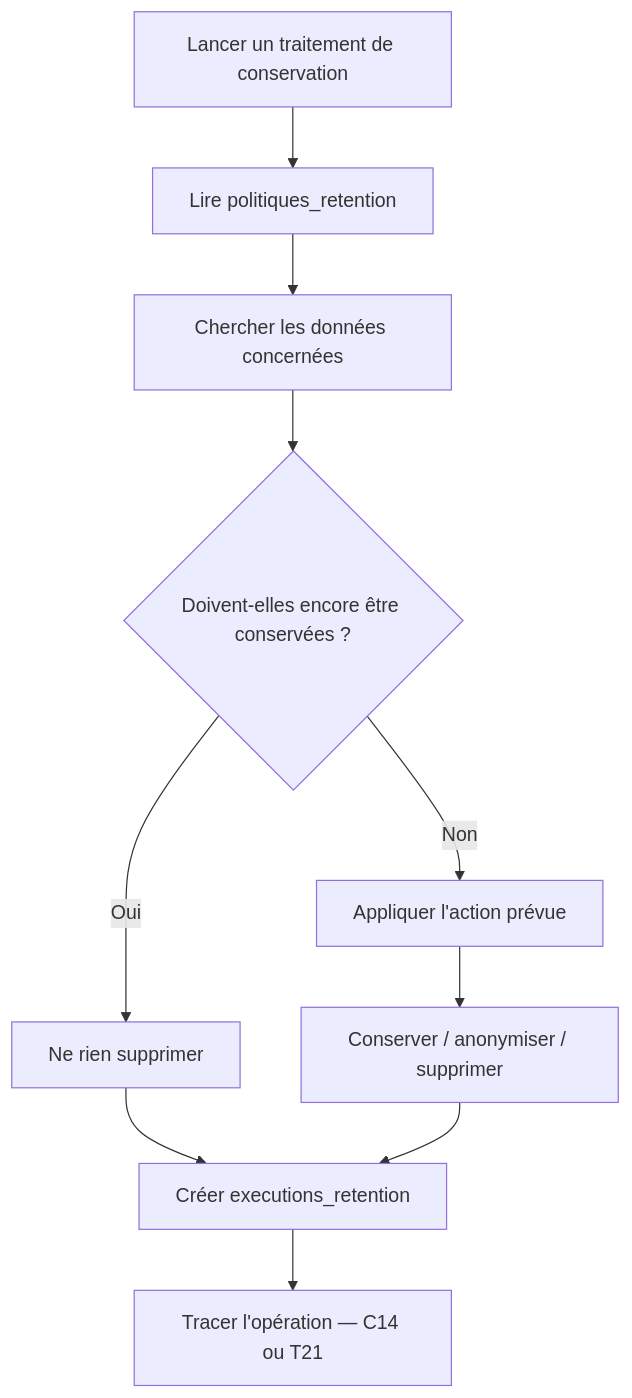
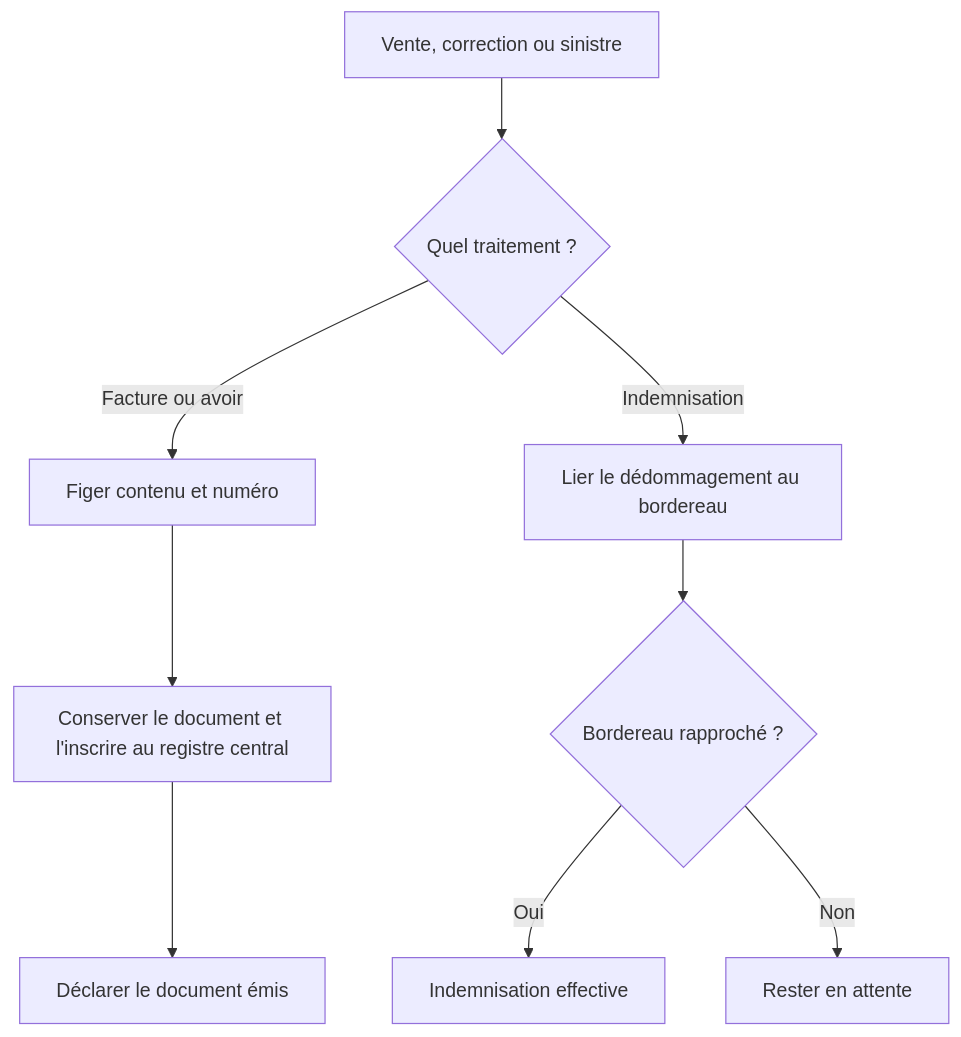
Diagram 17 of 23 in BDD-centrale-C1-C14-explication-simple.md (unitealfa/saas-ecom), drawn with Mermaid before and after one commit. The commit also changed other lines of this file, not shown here.

````diff
--- a/BDD-centrale-C1-C14-explication-simple.md
+++ b/BDD-centrale-C1-C14-explication-simple.md
@@ -724,12 +913,11 @@
 ```mermaid
 flowchart TD
-    A["Lancer un traitement de conservation"] --> B["Lire politiques_retention"]
-    B --> C["Chercher les données concernées"]
-    C --> D{"Doivent-elles encore être conservées ?"}
-    D -->|Oui| E["Ne rien supprimer"]
-    D -->|Non| F["Appliquer l'action prévue"]
-    F --> G["Conserver / anonymiser / supprimer"]
-    E --> H["Créer executions_retention"]
-    G --> H
-    H --> I["Tracer l'opération — C14 ou T21"]
+    A["Vente, correction ou sinistre"] --> B{"Quel traitement ?"}
+    B -->|Facture ou avoir| C["Figer contenu et numéro"]
+    C --> D["Conserver le document et l'inscrire au registre central"]
+    D --> E["Déclarer le document émis"]
+    B -->|Indemnisation| F["Lier le dédommagement au bordereau"]
+    F --> G{"Bordereau rapproché ?"}
+    G -->|Oui| H["Indemnisation effective"]
+    G -->|Non| I["Rester en attente"]
 ```
````
